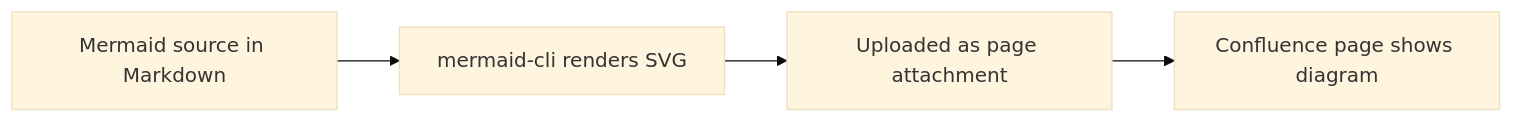
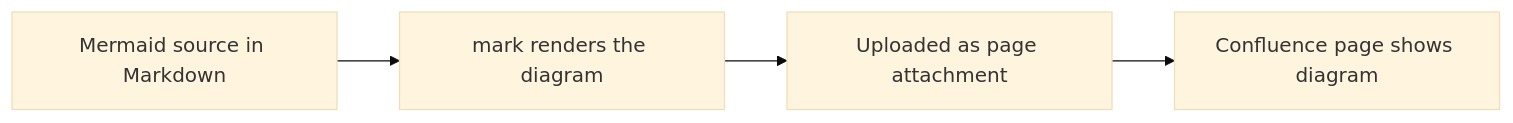
The diagram in docs/index.md (huntermills707/confluence-docs-beta), drawn with Mermaid (base theme) before and after one commit. The commit also changed other lines of this file and 7 other files, not shown here.

````diff
--- a/docs/index.md
+++ b/docs/index.md
@@ -15,6 +14,6 @@
 ```mermaid
 flowchart LR
-    S[Mermaid source in Markdown] --> R[mermaid-cli renders SVG]
+    S[Mermaid source in Markdown] --> R[mark renders the diagram]
     R --> U[Uploaded as page attachment]
     U --> P[Confluence page shows diagram]
 ```
````
